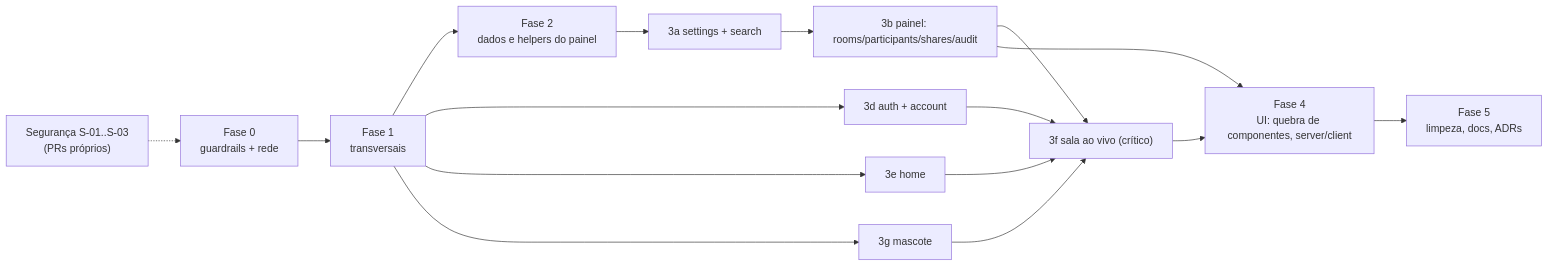
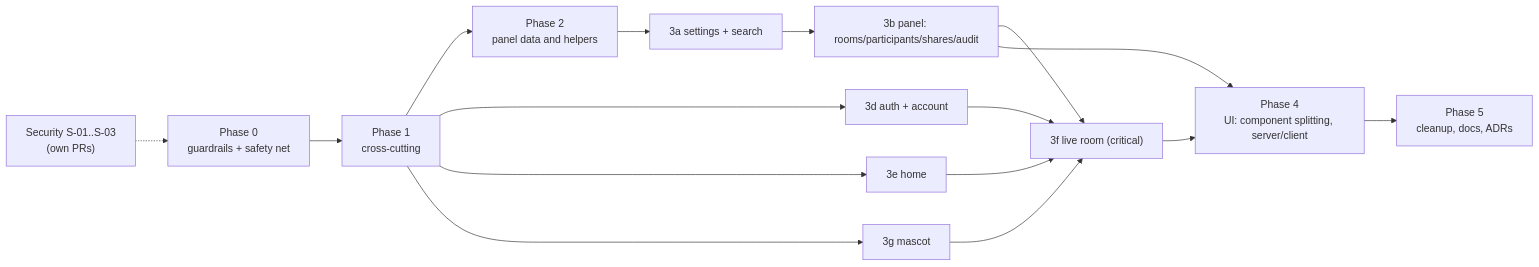
Before and after one commit to HanielCota/NelcotaScreenShare: the diagram in docs/archive/refactor/04-migration-plan.md, drawn with Mermaid. The commit also changed other lines of this file and 18 other files, not shown here.

````diff
--- a/docs/archive/refactor/04-migration-plan.md
+++ b/docs/archive/refactor/04-migration-plan.md
@@ -44,18 +44,18 @@
 ```mermaid
 graph LR
-  SEC["Segurança S-01..S-03<br/>(PRs próprios)"] -.-> F0
-  F0["Fase 0<br/>guardrails + rede"] --> F1["Fase 1<br/>transversais"]
-  F1 --> F2["Fase 2<br/>dados e helpers do painel"]
+  SEC["Security S-01..S-03<br/>(own PRs)"] -.-> F0
+  F0["Phase 0<br/>guardrails + safety net"] --> F1["Phase 1<br/>cross-cutting"]
+  F1 --> F2["Phase 2<br/>panel data and helpers"]
   F2 --> F3a["3a settings + search"]
-  F3a --> F3b["3b painel: rooms/participants/shares/audit"]
+  F3a --> F3b["3b panel: rooms/participants/shares/audit"]
   F1 --> F3d["3d auth + account"]
   F1 --> F3e["3e home"]
-  F1 --> F3g["3g mascote"]
-  F3b --> F3f["3f sala ao vivo (crítico)"]
+  F1 --> F3g["3g mascot"]
+  F3b --> F3f["3f live room (critical)"]
   F3d --> F3f
   F3e --> F3f
   F3g --> F3f
-  F3f --> F4["Fase 4<br/>UI: quebra de componentes, server/client"]
+  F3f --> F4["Phase 4<br/>UI: component splitting, server/client"]
   F3b --> F4
-  F4 --> F5["Fase 5<br/>limpeza, docs, ADRs"]
+  F4 --> F5["Phase 5<br/>cleanup, docs, ADRs"]
 ```
````
